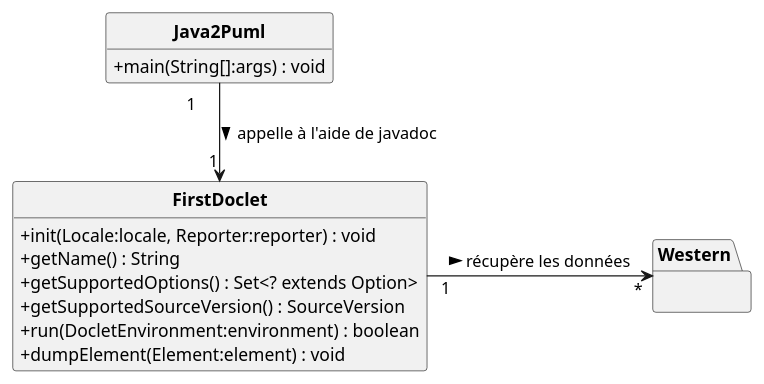
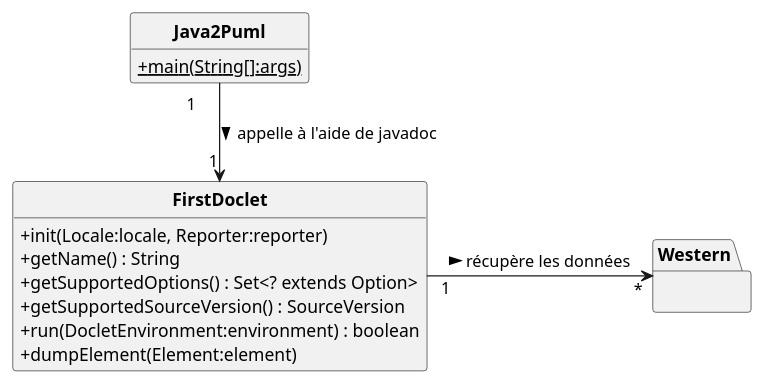
Before and after one commit to yassinkioua/Projet-PumlFromJava: the diagram in uml/DCC.puml, drawn with PlantUML. The commit also changed 5 other files, not shown here.

Commit message:
Maj de tout les diagrammes

```diff
--- a/uml/DCC.puml
+++ b/uml/DCC.puml
@@ -1,28 +1,28 @@
 @startuml
 'https://plantuml.com/class-diagram
 skinparam classAttributeIconSize 0
 skinparam classFontStyle Bold
 skinparam style strictuml
 hide empty members
 
 class Java2Puml
 {
-   +main(String[]:args) : void
+   +{static}main(String[]:args)
 }
 class FirstDoclet
 {
-+init(Locale:locale, Reporter:reporter) : void
++init(Locale:locale, Reporter:reporter)
 +getName() : String
 +getSupportedOptions() : Set<? extends Option>
 +getSupportedSourceVersion() : SourceVersion
 +run(DocletEnvironment:environment) : boolean
-+ dumpElement(Element:element) : void
++ dumpElement(Element:element)
 }
 
 package Western{}
 
 Java2Puml " 1\t" --> "\t1" FirstDoclet : appelle à l'aide de javadoc >
 FirstDoclet " 1\t" -> "\t*" Western : récupère les données >
 
 
 @enduml
```
